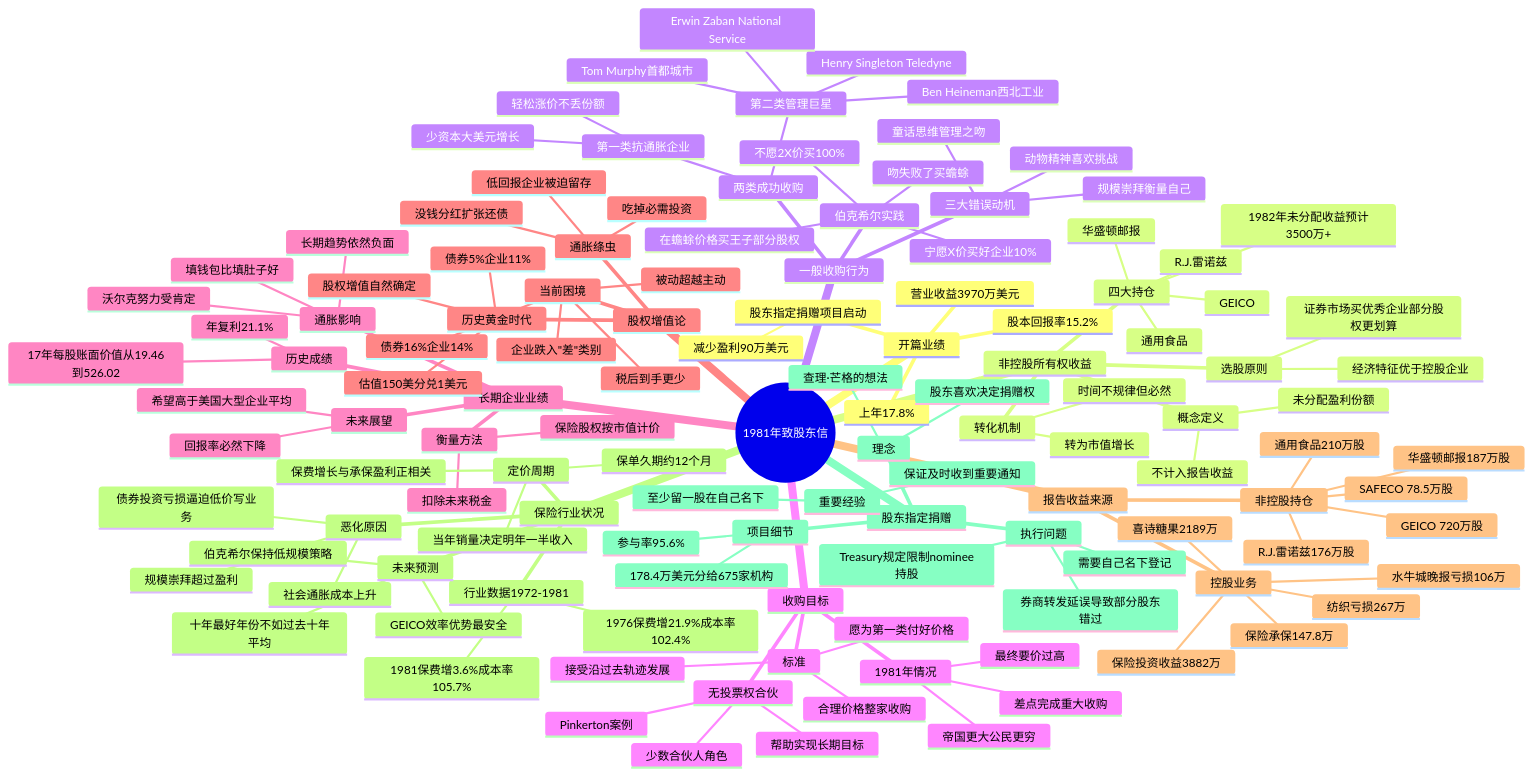
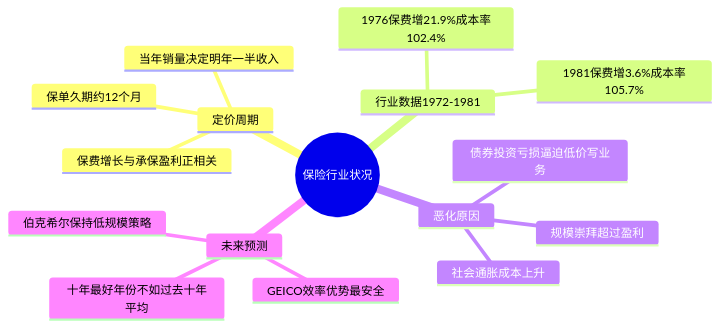
Before and after one commit to carllhm/buffett-knowledge-base: the ninth of 10 diagrams in docs/01_letters/1981年/思维导图.md, drawn with Mermaid. The commit also changed other lines of this file and 719 other files, not shown here.

Commit message:
思维导图重构：两级结构，总览+折叠子导图

````diff
--- a/docs/01_letters/1981年/思维导图.md
+++ b/docs/01_letters/1981年/思维导图.md
@@ -3,129 +232,19 @@
 ```mermaid
 mindmap
-  root((1981年致股东信))
-    开篇业绩
-      营业收益3970万美元
-      股本回报率15.2%
-      上年17.8%
-      股东指定捐赠项目启动
-        减少盈利90万美元
-    非控股所有权收益
-      概念定义
-        未分配盈利份额
-        不计入报告收益
-      转化机制
-        转为市值增长
-        时间不规律但必然
-      四大持仓
-        GEICO
-        通用食品
-        R.J.雷诺兹
-        华盛顿邮报
-        1982年未分配收益预计3500万+
-      选股原则
-        经济特征优于控股企业
-        证券市场买优秀企业部分股权更划算
-    一般收购行为
-      三大错误动机
-        动物精神喜欢挑战
-        规模崇拜衡量自己
-        童话思维管理之吻
-      两类成功收购
-        第一类抗通胀企业
-          轻松涨价不丢份额
-          少资本大美元增长
-        第二类管理巨星
-          Ben Heineman西北工业
-          Henry Singleton Teledyne
-          Erwin Zaban National Service
-          Tom Murphy首都城市
-      伯克希尔实践
-        宁愿X价买好企业10%
-        不愿2X价买100%
-        吻失败了买蟾蜍
-        在蟾蜍价格买王子部分股权
-    收购目标
-      标准
-        合理价格整家收购
-        接受沿过去轨迹发展
-        愿为第一类付好价格
-      1981年情况
-        差点完成重大收购
-        最终要价过高
-        帝国更大公民更穷
-      无投票权合伙
-        Pinkerton案例
-        少数合伙人角色
-        帮助实现长期目标
-    长期企业业绩
-      衡量方法
-        保险股权按市值计价
-        扣除未来税金
-      历史成绩
-        17年每股账面价值从19.46到526.02
-        年复利21.1%
-      未来展望
-        回报率必然下降
-        希望高于美国大型企业平均
-      通胀影响
-        沃尔克努力受肯定
-        长期趋势依然负面
-        填钱包比填肚子好
-    股权增值论
-      历史黄金时代
-        债券5%企业11%
-        股权增值自然确定
-        估值150美分兑1美元
-      当前困境
-        债券16%企业14%
-        税后到手更少
-        企业跌入"差"类别
-        被动超越主动
-      通胀绦虫
-        吃掉必需投资
-        低回报企业被迫留存
-        没钱分红扩张还债
-    报告收益来源
-      控股业务
-        保险承保147.8万
-        保险投资收益3882万
-        纺织亏损267万
-        喜诗糖果2189万
-        水牛城晚报亏损106万
-      非控股持仓
-        GEICO 720万股
-        通用食品210万股
-        R.J.雷诺兹176万股
-        华盛顿邮报187万股
-        SAFECO 78.5万股
-    保险行业状况
-      定价周期
-        保单久期约12个月
-        当年销量决定明年一半收入
-        保费增长与承保盈利正相关
-      行业数据1972-1981
-        1976保费增21.9%成本率102.4%
-        1981保费增3.6%成本率105.7%
-      恶化原因
-        债券投资亏损逼迫低价写业务
-        规模崇拜超过盈利
-        社会通胀成本上升
-      未来预测
-        十年最好年份不如过去十年平均
-        伯克希尔保持低规模策略
-        GEICO效率优势最安全
-    股东指定捐赠
-      项目细节
-        178.4万美元分给675家机构
-        参与率95.6%
-      执行问题
-        Treasury规定限制nominee持股
-        需要自己名下登记
-        券商转发延误导致部分股东错过
-      重要经验
-        至少留一股在自己名下
-        保证及时收到重要通知
-      理念
-        股东喜欢决定捐赠权
-        查理·芒格的想法
+  root((保险行业状况))
+    定价周期
+      保单久期约12个月
+      当年销量决定明年一半收入
+      保费增长与承保盈利正相关
+    行业数据1972-1981
+      1976保费增21.9%成本率102.4%
+      1981保费增3.6%成本率105.7%
+    恶化原因
+      债券投资亏损逼迫低价写业务
+      规模崇拜超过盈利
+      社会通胀成本上升
+    未来预测
+      十年最好年份不如过去十年平均
+      伯克希尔保持低规模策略
+      GEICO效率优势最安全
 ```
````
